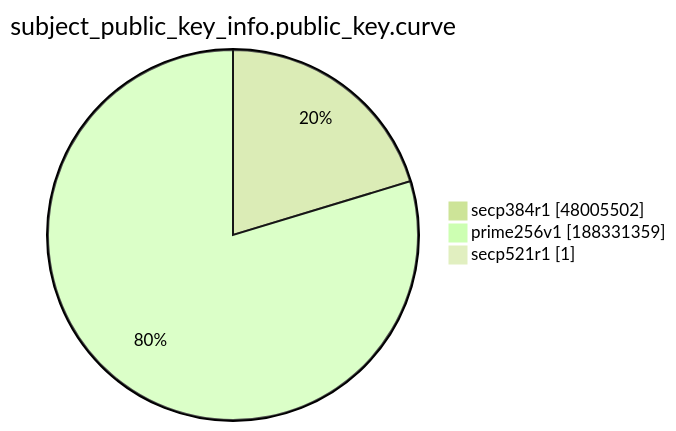
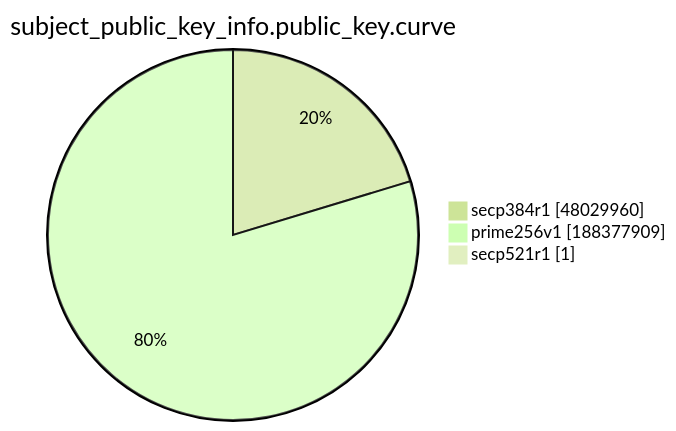
The ninth of 15 diagrams in xenon2022/README.md (christiankrug/ctmonitor_visualization), drawn with Mermaid (forest theme) before and after one commit. The commit also changed other lines of this file, not shown here.

````diff
--- a/xenon2022/README.md
+++ b/xenon2022/README.md
@@ -2874,7 +2874,7 @@
 ```mermaid
 pie showData
 title subject_public_key_info.public_key.curve
-"secp384r1" :48005502
-"prime256v1" :188331359
+"secp384r1" :48029960
+"prime256v1" :188377909
 "secp521r1" :1
 ```
````
